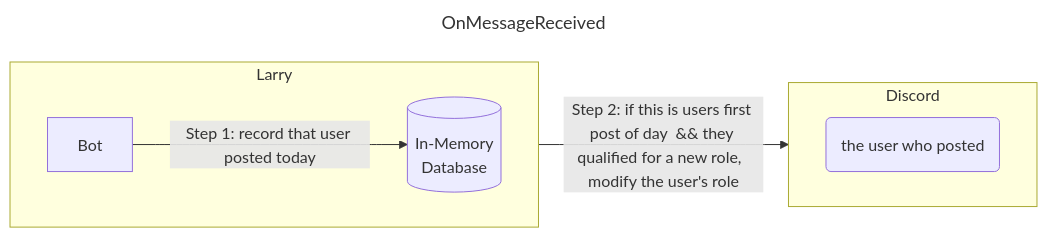
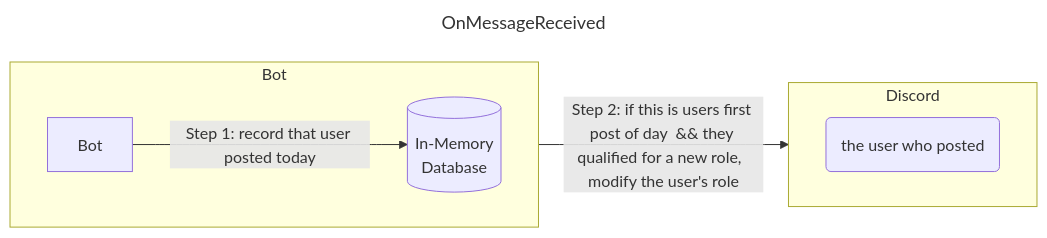
Before and after one commit to regenerativeag/tools: the fourth of 5 diagrams in active-member-discord-bot/docs/database-design.md, drawn with Mermaid. The commit also changed other lines of this file, not shown here.

````diff
--- a/active-member-discord-bot/docs/database-design.md
+++ b/active-member-discord-bot/docs/database-design.md
@@ -94,16 +94,16 @@
 ```mermaid
 ---
 title: OnMessageReceived
 ---
 flowchart LR
-    subgraph Larry
+    subgraph Bot
         direction LR
         bot[Bot]-->|Step 1: record that user posted today|idb
         idb[(In-Memory <br/> Database)]
     end
     bot-->|Step 2: if this is users first post of day  && they qualified for a new role,  modify the user's role|user
     subgraph Discord
         direction LR
         user(the user who posted)
     end
 ```
````
